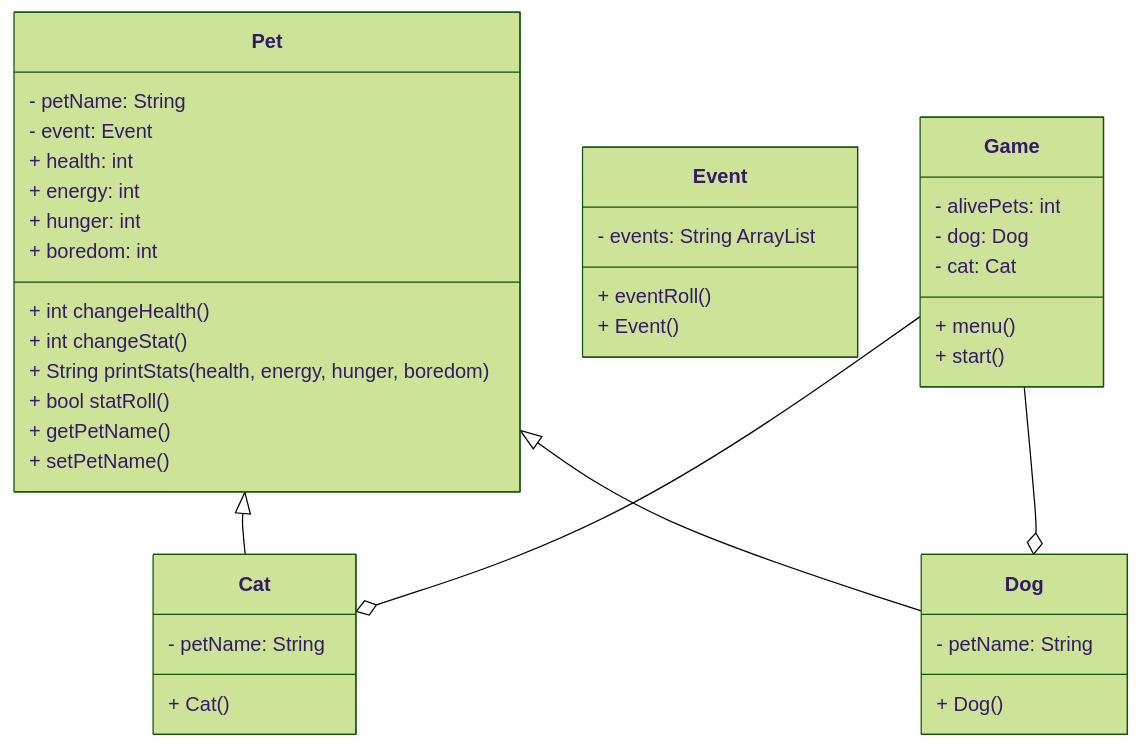
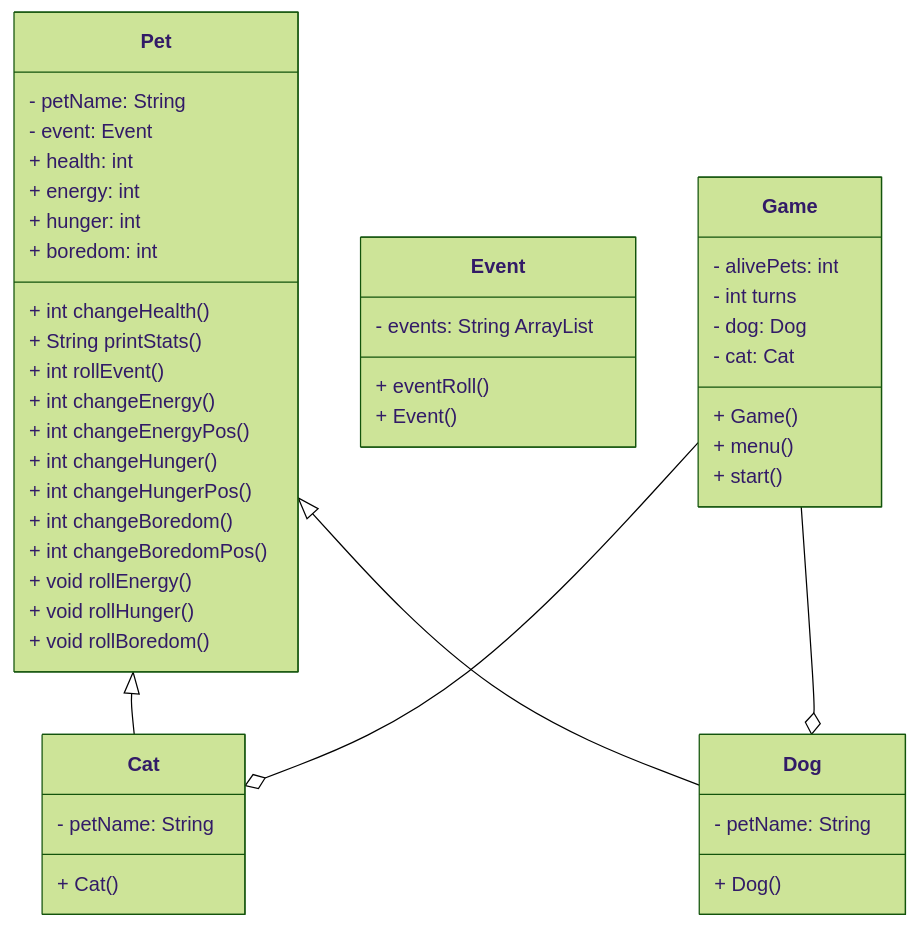
Before and after one commit to cory-ferguson/FinalProjectF25: the diagram in README.md, drawn with Mermaid (forest theme). The commit also changed other lines of this file and 3 other files, not shown here.

Commit message:
Pretty much finished everything - updated UML and documentation

````diff
--- a/README.md
+++ b/README.md
@@ -5,47 +5,55 @@
 ```mermaid
 classDiagram 
  class Pet {
     - petName: String
     - event: Event
     + health: int
     + energy: int
     + hunger: int
     + boredom: int
     + int changeHealth()
-    + int changeStat()
-    + String printStats(health, energy, hunger, boredom)
-    + bool statRoll()
-    + getPetName()
-    + setPetName()
+    + String printStats()
+    + int rollEvent()
+    + int changeEnergy()
+    + int changeEnergyPos()
+    + int changeHunger()
+    + int changeHungerPos()
+    + int changeBoredom()
+    + int changeBoredomPos()
+    + void rollEnergy()
+    + void rollHunger()
+    + void rollBoredom()
     }
 
     class Dog {
         - petName: String
         + Dog()
     }
 
     class Cat {
         - petName: String
         + Cat()
     }
 
     class Event {
         - events: String ArrayList
         + eventRoll()   
         + Event()
     }
 
     class Game {
         - alivePets: int
+        - int turns
         - dog: Dog
         - cat: Cat
+        + Game()
         + menu()
         + start()
 
     }
 
     Pet <|-- Cat 
     Pet <|-- Dog 
     Game --o Cat
     Game --o Dog
 ```
````
